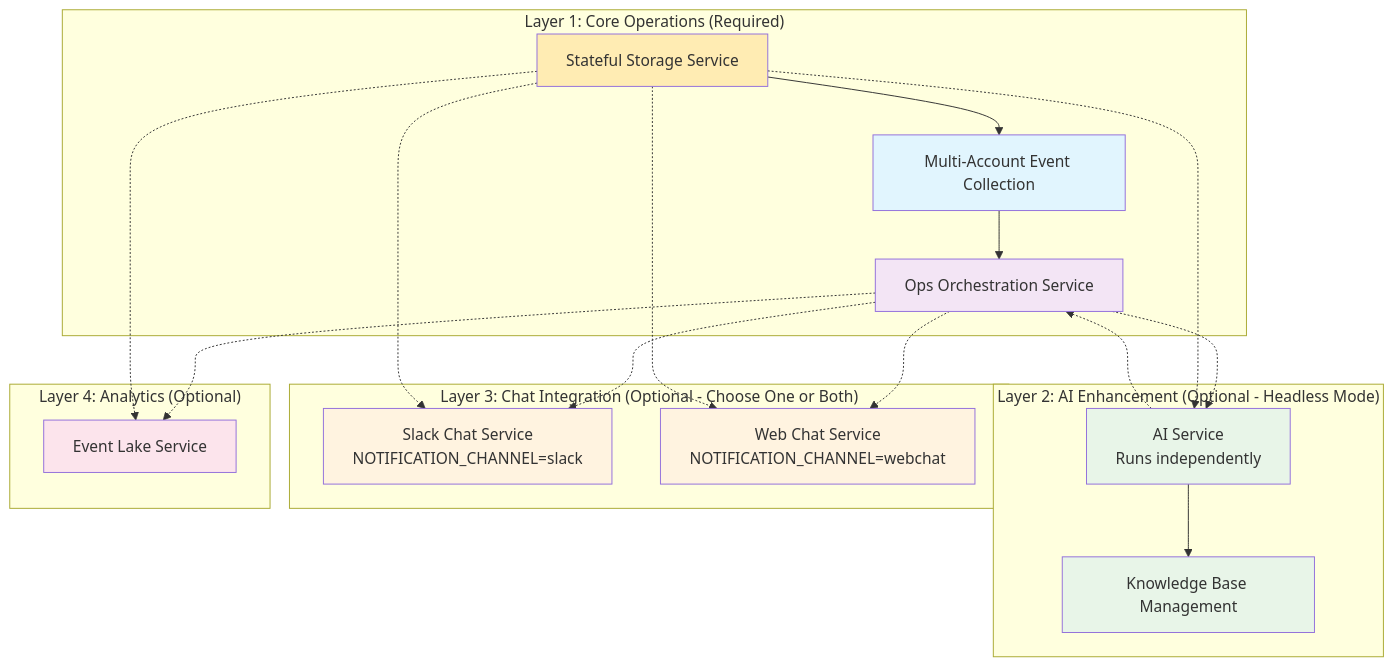
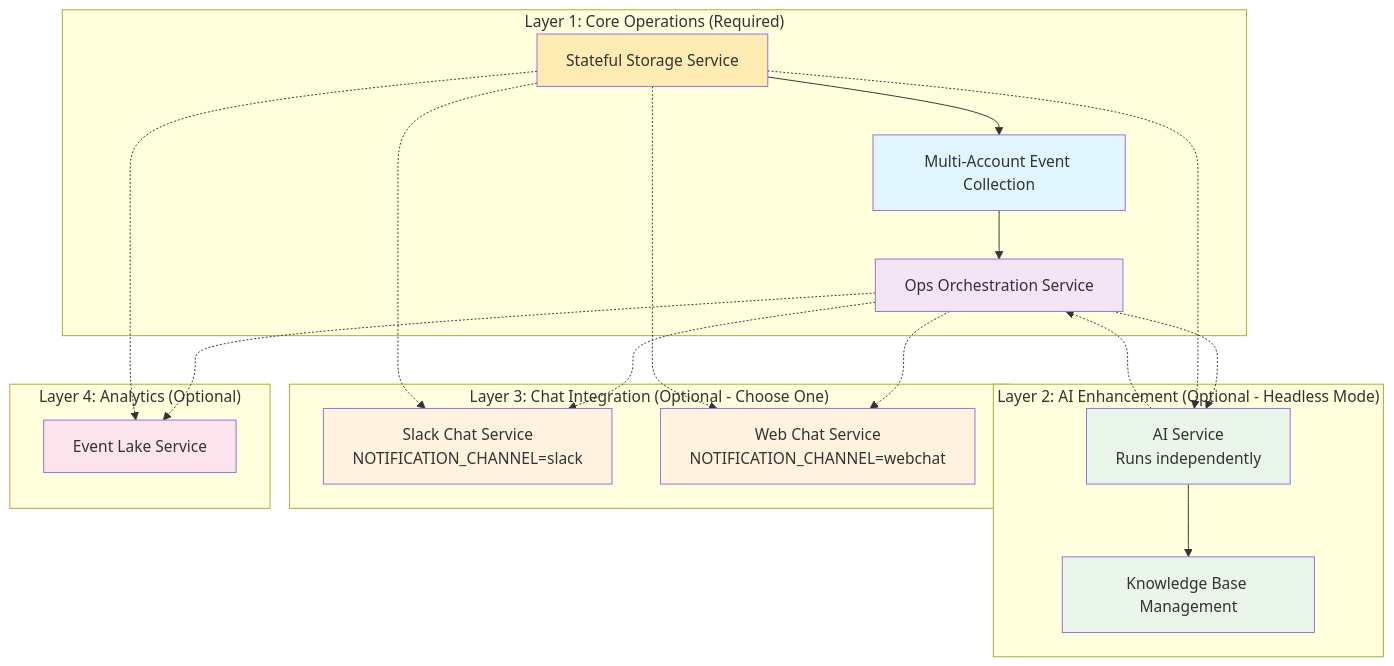
The sixth of 10 diagrams in docs/event-driven-flow.md (aws-samples/ops-health-ai), drawn with Mermaid before and after one commit. The commit also changed other lines of this file and 9 other files, not shown here.

````diff
--- a/docs/event-driven-flow.md
+++ b/docs/event-driven-flow.md
@@ -491,47 +491,47 @@
 ```mermaid
 graph TD
     subgraph "Layer 1: Core Operations (Required)"
         L1A[Stateful Storage Service]
         L1B[Multi-Account Event Collection]
         L1C[Ops Orchestration Service]
 
         L1A --> L1B
         L1B --> L1C
     end
 
     subgraph "Layer 2: AI Enhancement (Optional - Headless Mode)"
         L2A[AI Service<br/>Runs independently]
         L2B[Knowledge Base Management]
 
         L2A --> L2B
     end
 
-    subgraph "Layer 3: Chat Integration (Optional - Choose One or Both)"
+    subgraph "Layer 3: Chat Integration (Optional - Choose One)"
         L3A[Slack Chat Service<br/>NOTIFICATION_CHANNEL=slack]
         L3B[Web Chat Service<br/>NOTIFICATION_CHANNEL=webchat]
     end
 
     subgraph "Layer 4: Analytics (Optional)"
         L4A[Event Lake Service]
     end
 
     L1C -.-> L2A
     L2A -.-> L1C
     L1C -.-> L3A
     L1C -.-> L3B
     L1C -.-> L4A
 
     L1A -.-> L2A
     L1A -.-> L3A
     L1A -.-> L3B
     L1A -.-> L4A
 
     style L1A fill:#ffecb3
     style L1B fill:#e1f5fe
     style L1C fill:#f3e5f5
     style L2A fill:#e8f5e8
     style L2B fill:#e8f5e8
     style L3A fill:#fff3e0
     style L3B fill:#fff3e0
     style L4A fill:#fce4ec
 ```
````
